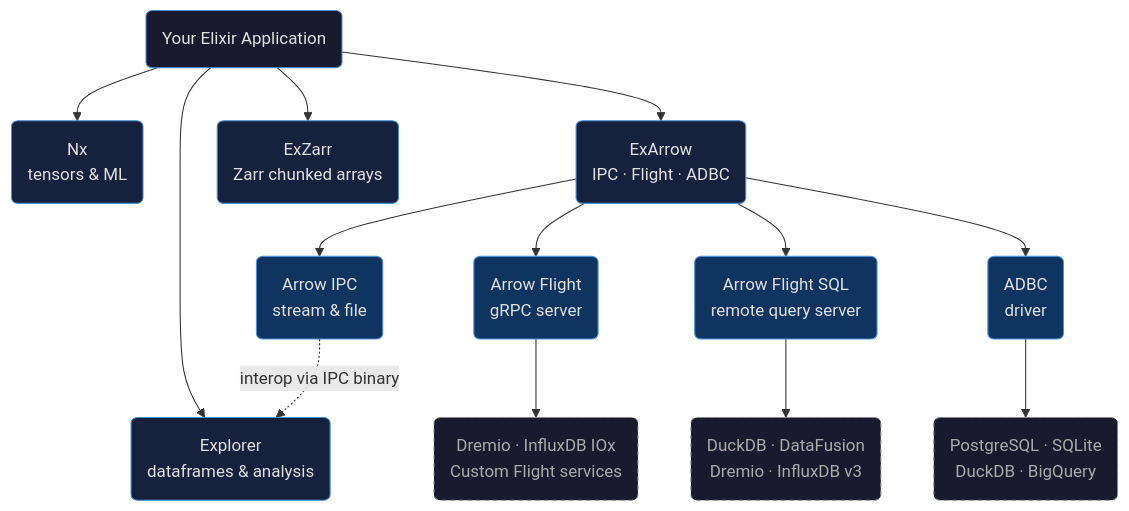
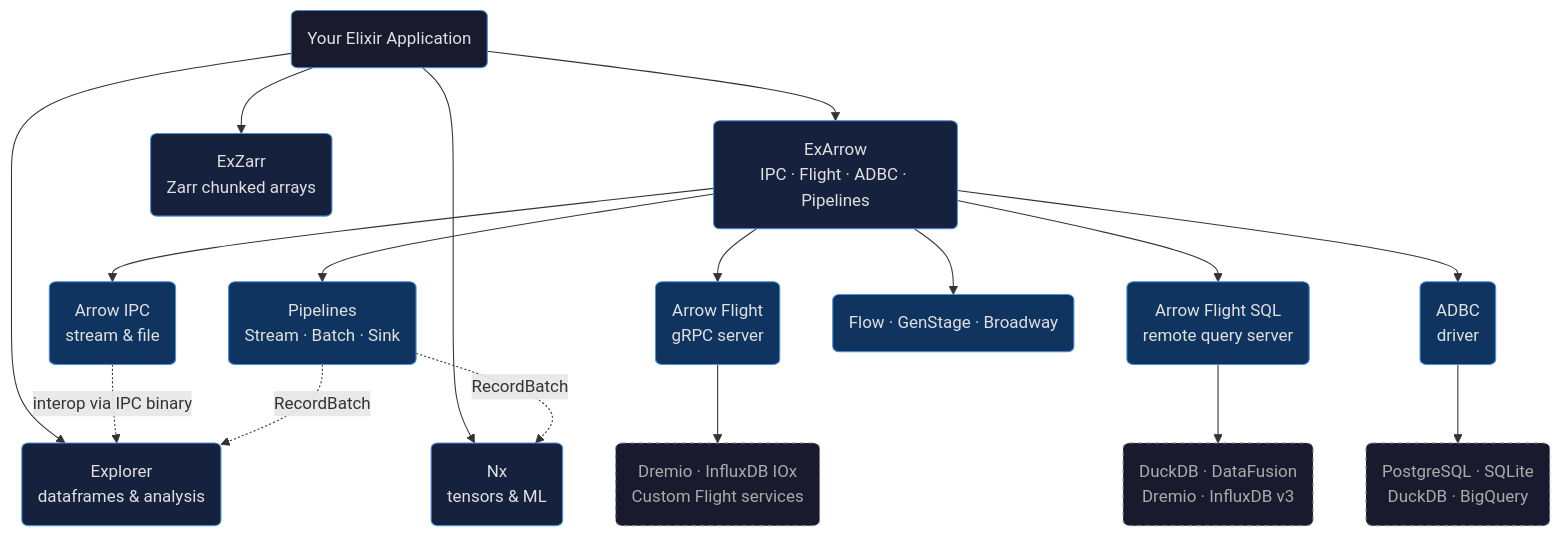
One commit to thanos/ex_arrow changed the diagram in README.md. Above: the diagram before and after it, drawn with Mermaid. The commit also changed other lines of this file and 10 other files, not shown here.

````diff
--- a/README.md
+++ b/README.md
@@ -120,30 +131,34 @@
 ```mermaid
 flowchart TB
     App("Your Elixir Application")
 
     App --> Explorer("Explorer\ndataframes & analysis")
     App --> Nx("Nx\ntensors & ML")
-    App --> ExArrow("ExArrow\nIPC · Flight · ADBC")
+    App --> ExArrow("ExArrow\nIPC · Flight · ADBC · Pipelines")
     App --> ExZarr("ExZarr\nZarr chunked arrays")
 
     ExArrow --> IPC("Arrow IPC\nstream & file")
     ExArrow --> FlightSvr("Arrow Flight\ngRPC server")
     ExArrow --> FlightSQL("Arrow Flight SQL\nremote query server")
     ExArrow --> ADBCDrv("ADBC\ndriver")
+    ExArrow --> Pipeline("Pipelines\nStream · Batch · Sink")
+    ExArrow --> Flow("Flow · GenStage · Broadway")
 
     IPC -. "interop via IPC binary" .-> Explorer
+    Pipeline -. "RecordBatch" .-> Explorer
+    Pipeline -. "RecordBatch" .-> Nx
 
     FlightSvr --> FlightSvcs("Dremio · InfluxDB IOx\nCustom Flight services")
     FlightSQL --> SQLSvcs("DuckDB · DataFusion\nDremio · InfluxDB v3")
     ADBCDrv   --> Databases("PostgreSQL · SQLite\nDuckDB · BigQuery")
 
     classDef app      fill:#1a1a2e,stroke:#4a90d9,color:#e0e0e0,rx:6
     classDef lib      fill:#16213e,stroke:#4a90d9,color:#e0e0e0,rx:6
     classDef proto    fill:#0f3460,stroke:#4a90d9,color:#e0e0e0,rx:6
     classDef external fill:#1a1a2e,stroke:#888,color:#aaa,rx:6,stroke-dasharray:4 4
 
     class App app
     class Explorer,Nx,ExArrow,ExZarr lib
-    class IPC,FlightSvr,FlightSQL,ADBCDrv proto
+    class IPC,FlightSvr,FlightSQL,ADBCDrv,Pipeline,Flow proto
     class FlightSvcs,SQLSvcs,Databases external
 ```
````
